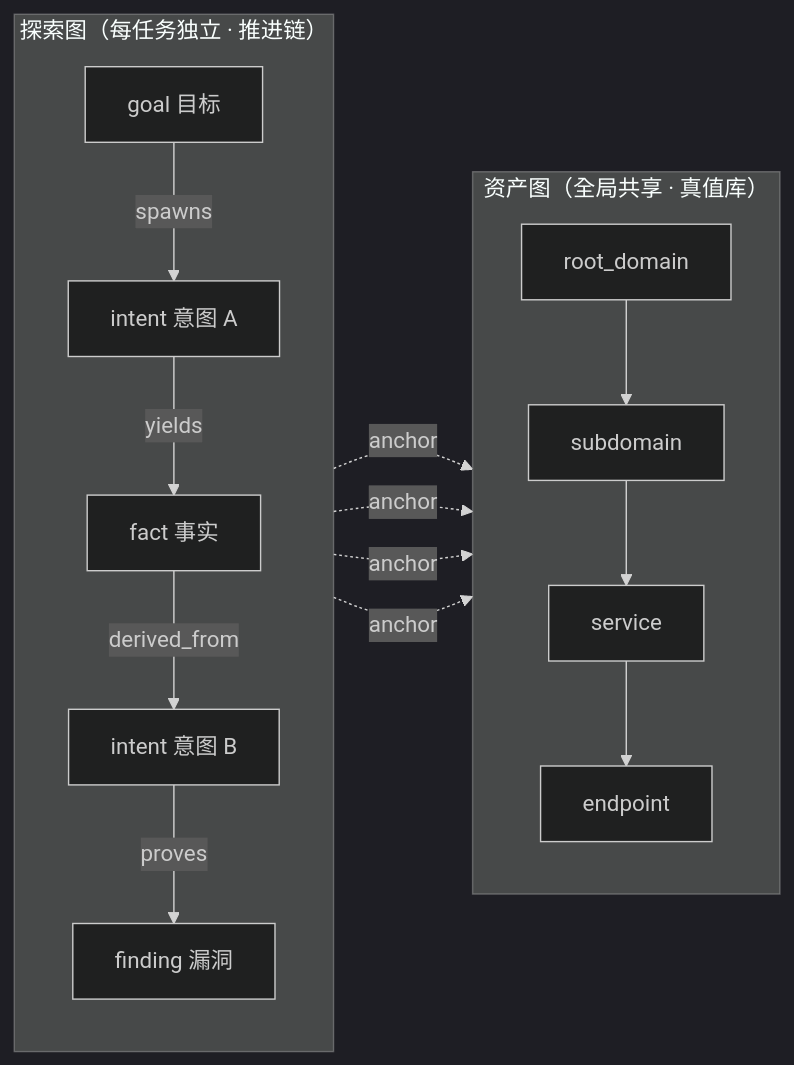
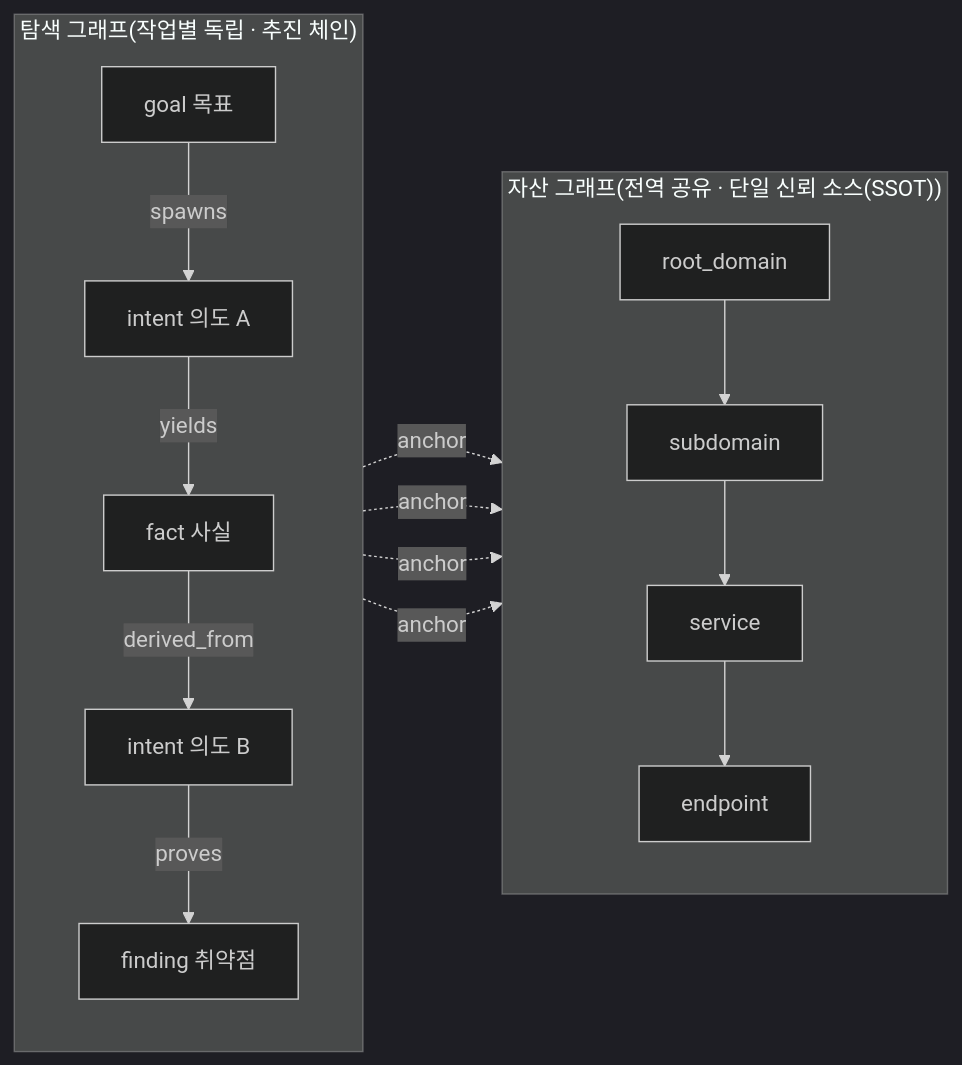
The second of 5 diagrams in README.md (Doyoun510/ARTEX_ko), drawn with Mermaid (dark theme) before and after one commit. The commit also changed other lines of this file and 2 other files, not shown here.

````diff
--- a/README.md
+++ b/README.md
@@ -357,27 +380,27 @@
 ```mermaid
 flowchart LR
-  subgraph EG["探索图（每任务独立 · 推进链）"]
+  subgraph EG["탐색 그래프(작업별 독립 · 추진 체인)"]
     direction TB
-    G["goal 目标"]
-    I1["intent 意图 A"]
-    F1["fact 事实"]
-    I2["intent 意图 B"]
-    FD["finding 漏洞"]
+    G["goal 목표"]
+    I1["intent 의도 A"]
+    F1["fact 사실"]
+    I2["intent 의도 B"]
+    FD["finding 취약점"]
     G -->|spawns| I1
     I1 -->|yields| F1
     F1 -->|derived_from| I2
     I2 -->|proves| FD
   end
-  subgraph AG["资产图（全局共享 · 真值库）"]
+  subgraph AG["자산 그래프(전역 공유 · 단일 신뢰 소스(SSOT))"]
     direction TB
     RD["root_domain"]
     SD["subdomain"]
     SV["service"]
     EP["endpoint"]
     RD --> SD --> SV --> EP
   end
   I1 -. anchor .-> SD
   F1 -. anchor .-> SV
   I2 -. anchor .-> EP
   FD -. anchor .-> EP
 ```
````
